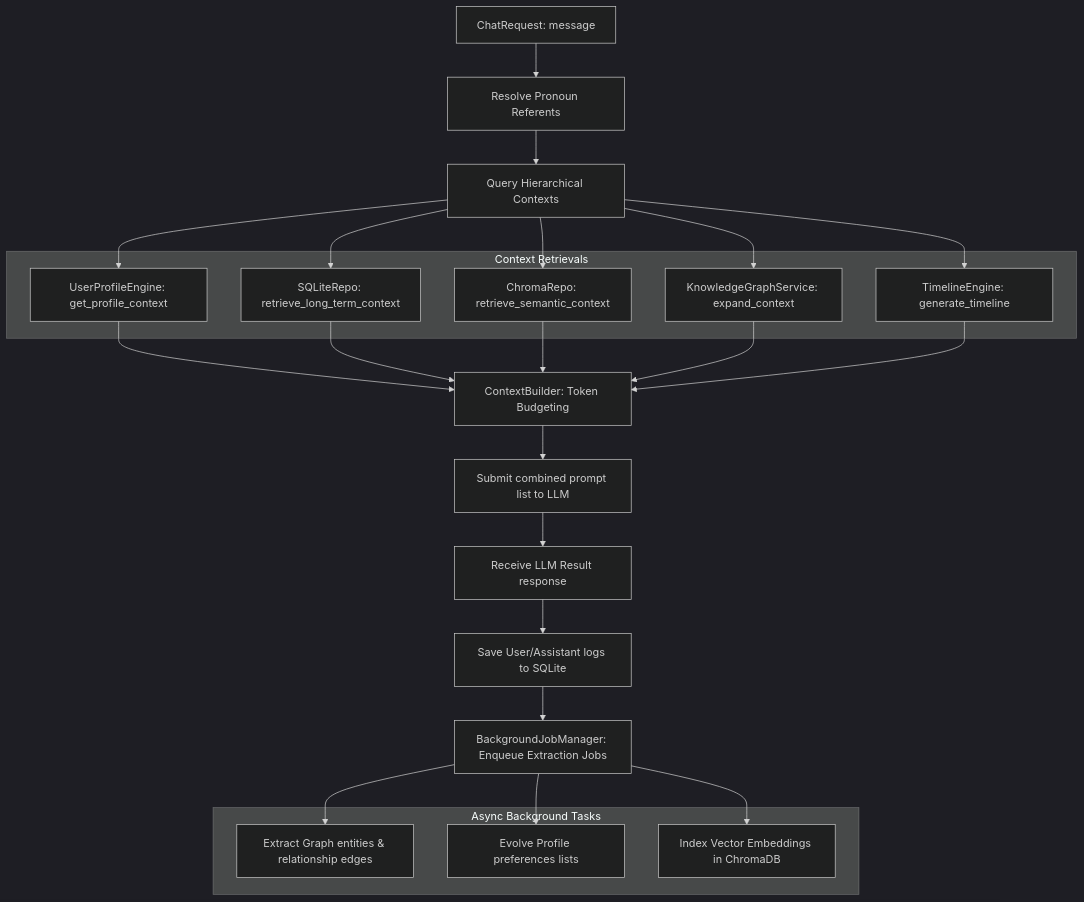
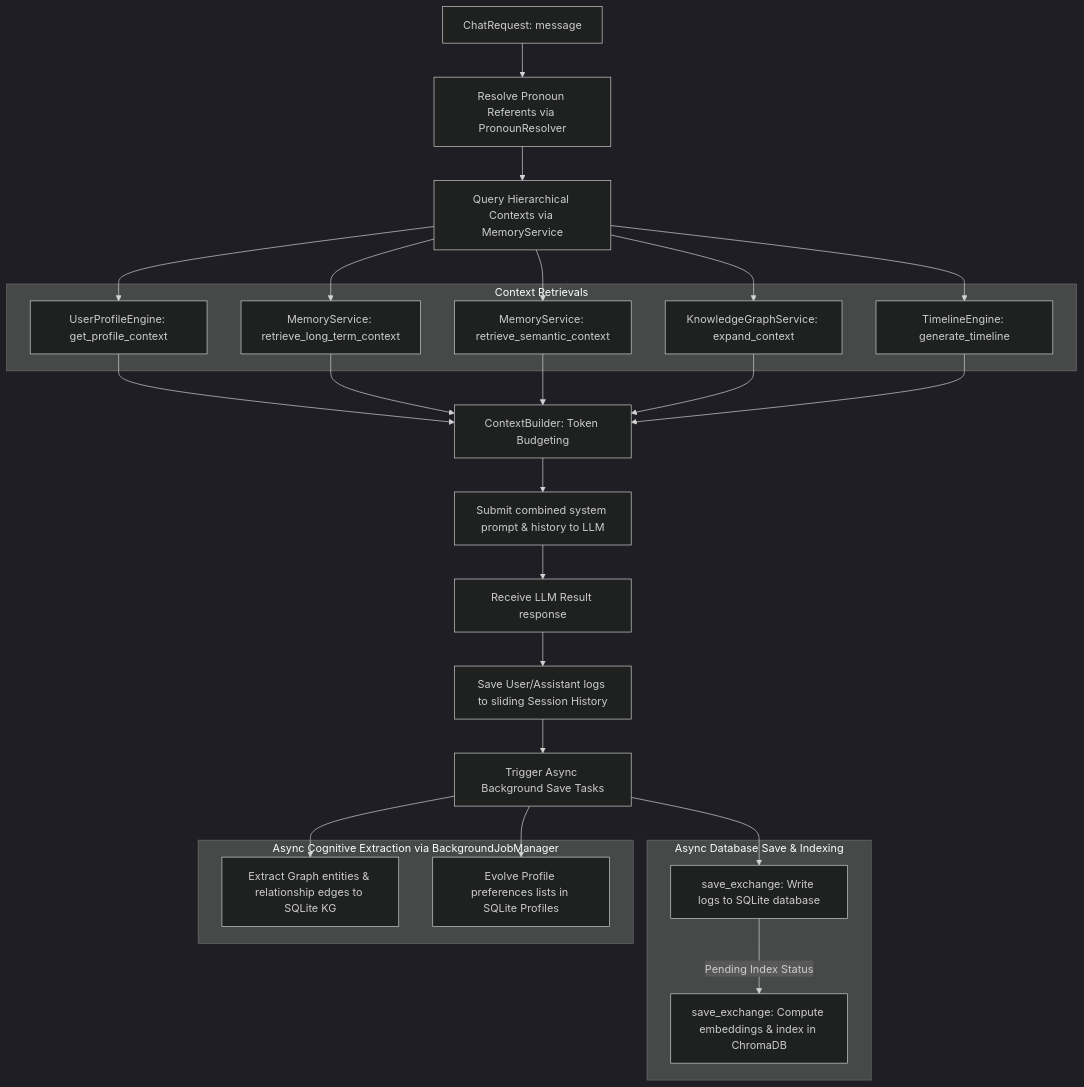
The diagram in docs/diagrams/memory_flow.md (JAN-VIKASH/JARVIS), drawn with Mermaid (dark theme) before and after one commit. The commit also changed other lines of this file and 20 other files, not shown here.

````diff
--- a/docs/diagrams/memory_flow.md
+++ b/docs/diagrams/memory_flow.md
@@ -10,34 +10,41 @@
 ```mermaid
 graph TD
-    A[ChatRequest: message] --> B[Resolve Pronoun Referents]
-    B --> C[Query Hierarchical Contexts]
+    A[ChatRequest: message] --> B[Resolve Pronoun Referents via PronounResolver]
+    B --> C[Query Hierarchical Contexts via MemoryService]
     
     subgraph Context Retrievals
         C1[UserProfileEngine: get_profile_context]
-        C2[SQLiteRepo: retrieve_long_term_context]
-        C3[ChromaRepo: retrieve_semantic_context]
+        C2[MemoryService: retrieve_long_term_context]
+        C3[MemoryService: retrieve_semantic_context]
         C4[KnowledgeGraphService: expand_context]
         C5[TimelineEngine: generate_timeline]
     end
     
     C --> C1
     C --> C2
     C --> C3
     C --> C4
     C --> C5
     
     C1 & C2 & C3 & C4 & C5 --> D[ContextBuilder: Token Budgeting]
-    D --> E[Submit combined prompt list to LLM]
+    D --> E[Submit combined system prompt & history to LLM]
     E --> F[Receive LLM Result response]
     
-    F --> G[Save User/Assistant logs to SQLite]
-    G --> H[BackgroundJobManager: Enqueue Extraction Jobs]
+    F --> G[Save User/Assistant logs to sliding Session History]
+    G --> H[Trigger Async Background Save Tasks]
     
-    subgraph Async Background Tasks
-        H1[Extract Graph entities & relationship edges]
-        H2[Evolve Profile preferences lists]
-        H3[Index Vector Embeddings in ChromaDB]
+    subgraph Async Database Save & Indexing
+        H1[save_exchange: Write logs to SQLite database]
+        H2[save_exchange: Compute embeddings & index in ChromaDB]
     end
     
-    H --> H1 & H2 & H3
+    subgraph Async Cognitive Extraction via BackgroundJobManager
+        H3[Extract Graph entities & relationship edges to SQLite KG]
+        H4[Evolve Profile preferences lists in SQLite Profiles]
+    end
+    
+    H --> H1
+    H1 -->|Pending Index Status| H2
+    H --> H3
+    H --> H4
 ```
````
